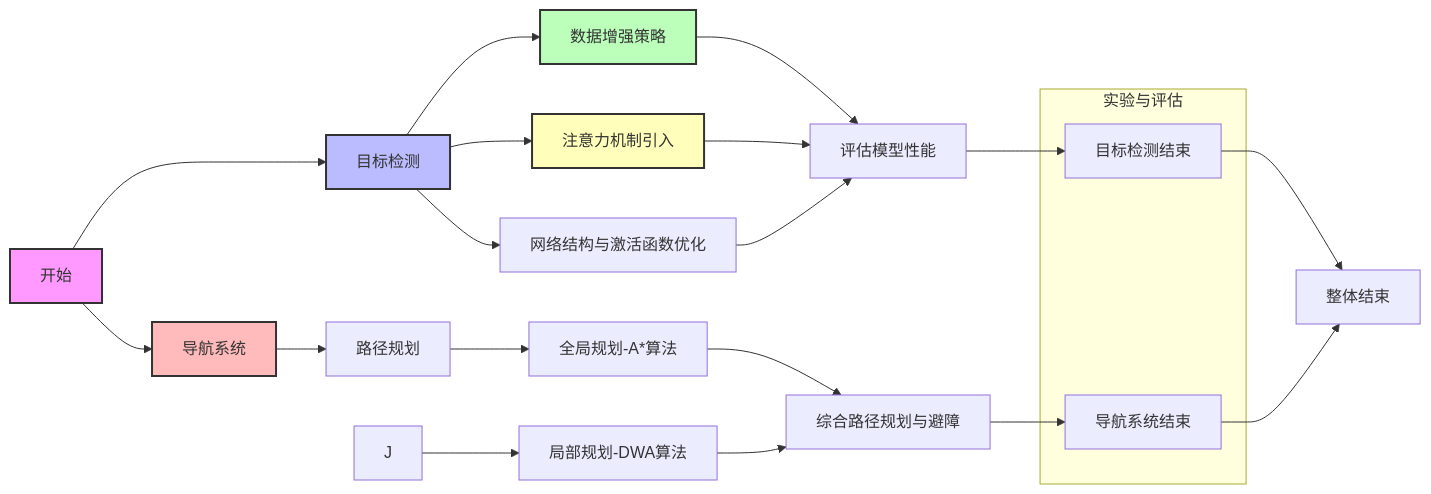
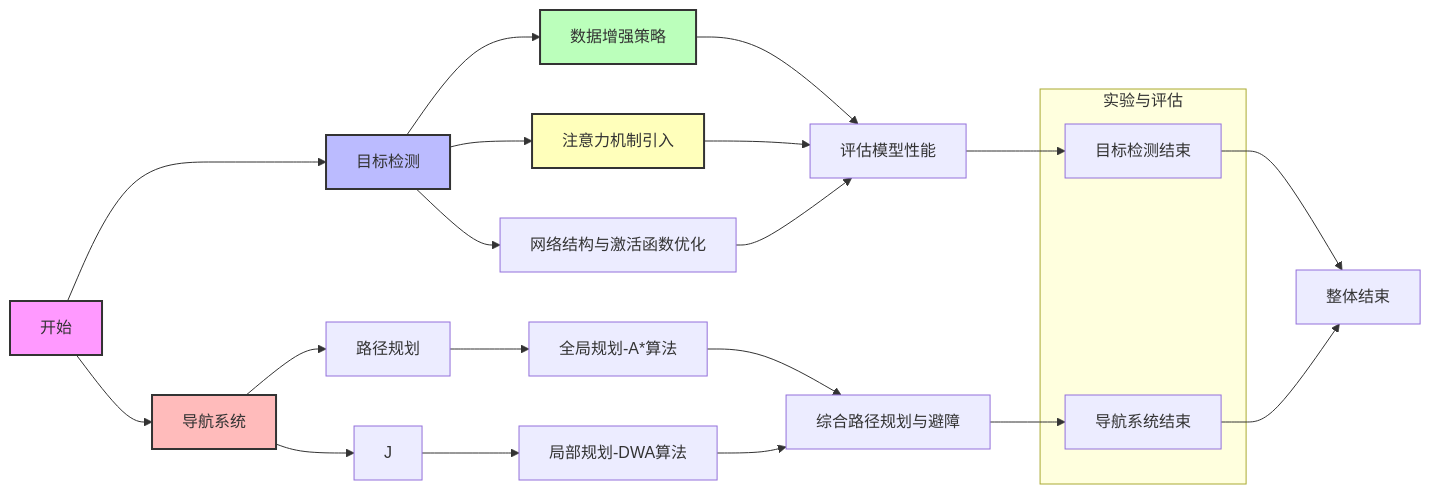
Before and after one commit to 1831380633/iodraw-files: the diagram in all/未命名-1.md, drawn with Mermaid.

Commit message:
2024-12-18 14:57:45 update

````diff
--- a/all/未命名-1.md
+++ b/all/未命名-1.md
@@ -1,36 +1,36 @@
 ```mermaid
 graph LR
     style A fill:#f9f,stroke:#333,stroke-width:2px
     style B fill:#bbf,stroke:#333,stroke-width:2px
     style C fill:#fbb,stroke:#333,stroke-width:2px
     style D fill:#bfb,stroke:#333,stroke-width:2px
     style E fill:#ffb,stroke:#333,stroke-width:2px
 
     A[开始] --> B[目标检测]
     A --> C[导航系统]
     
     B --> D[数据增强策略]
     B --> E[注意力机制引入]
     B --> F[网络结构与激活函数优化]
     D --> G[评估模型性能]
     E --> G
     F --> G
     G --> H[目标检测结束]
     
     C --> I[路径规划]
-
+    C --> J
     I --> K[全局规划-A*算法]
     J --> L[局部规划-DWA算法]
     K --> M[综合路径规划与避障]
     L --> M
     M --> N[导航系统结束]
     
     H --> O[整体结束]
     N --> O
 
     subgraph 实验与评估
         H
         N
     end
 
 ```
````
